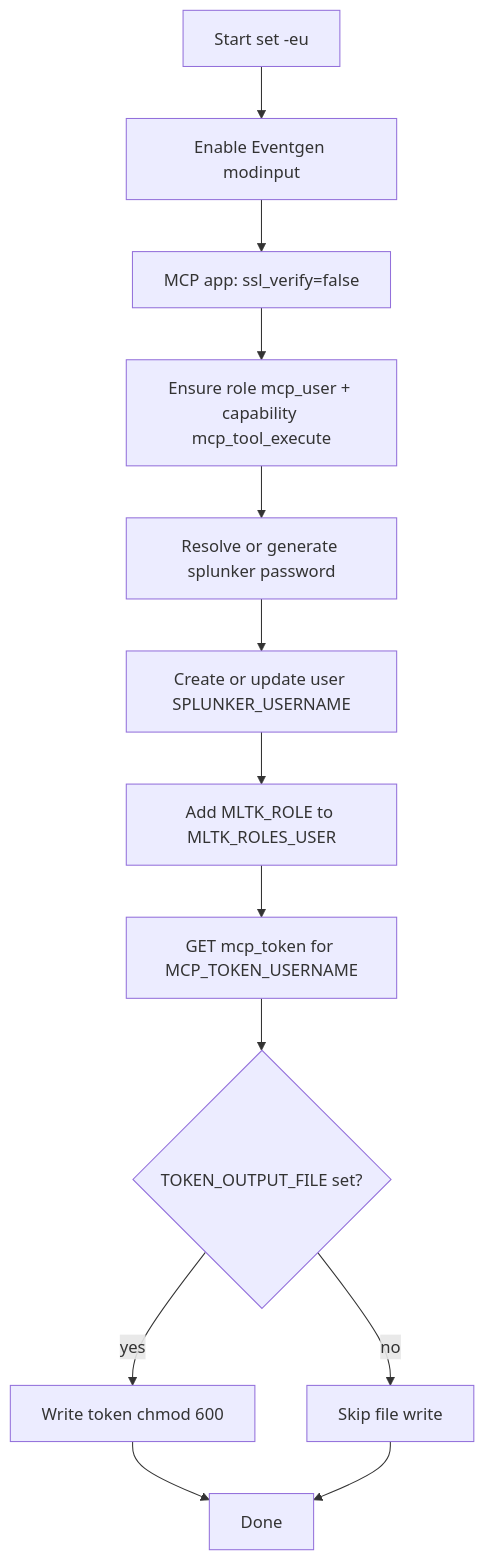
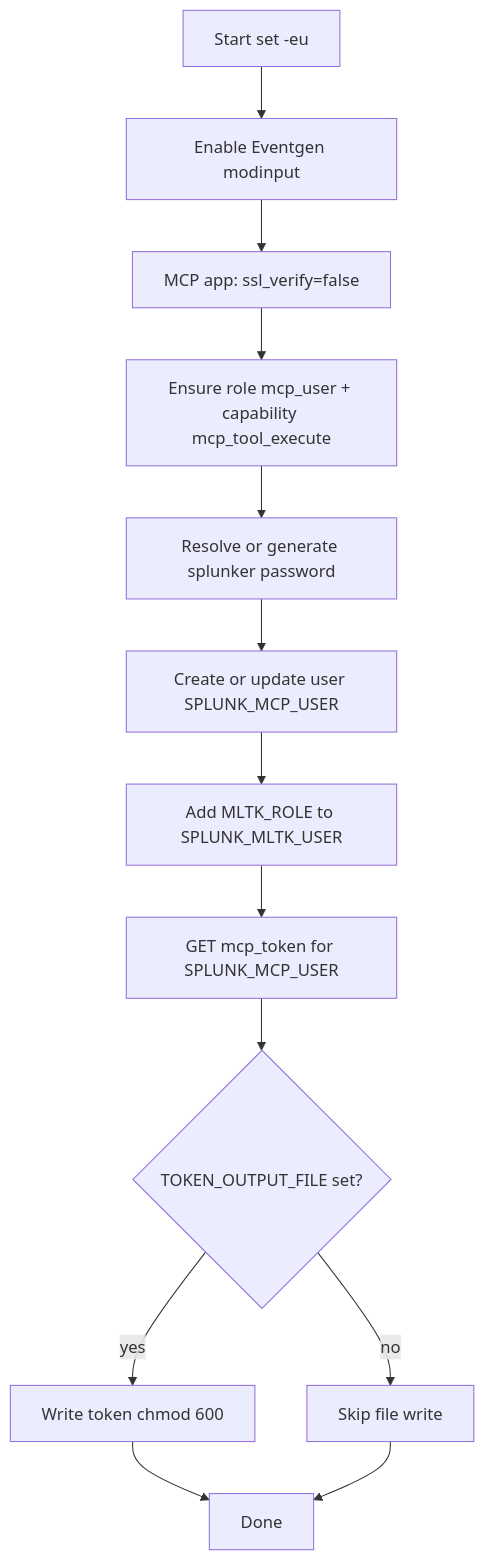
The second of 3 diagrams in docs/SETUP_SPLUNK_SCRIPT.md (dd-Splunk/splunk-mcp), drawn with Mermaid before and after one commit. The commit also changed other lines of this file and 8 other files, not shown here.

````diff
--- a/docs/SETUP_SPLUNK_SCRIPT.md
+++ b/docs/SETUP_SPLUNK_SCRIPT.md
@@ -75,15 +76,15 @@
 ```mermaid
 flowchart TD
   A[Start set -eu] --> B[Enable Eventgen modinput]
   B --> C[MCP app: ssl_verify=false]
   C --> D[Ensure role mcp_user + capability mcp_tool_execute]
   D --> E[Resolve or generate splunker password]
-  E --> F[Create or update user SPLUNKER_USERNAME]
-  F --> D2[Add MLTK_ROLE to MLTK_ROLES_USER]
-  D2 --> G[GET mcp_token for MCP_TOKEN_USERNAME]
+  E --> F[Create or update user SPLUNK_MCP_USER]
+  F --> D2[Add MLTK_ROLE to SPLUNK_MLTK_USER]
+  D2 --> G[GET mcp_token for SPLUNK_MCP_USER]
   G --> H{TOKEN_OUTPUT_FILE set?}
   H -->|yes| I[Write token chmod 600]
   H -->|no| J[Skip file write]
   I --> K[Done]
   J --> K
 ```
````
